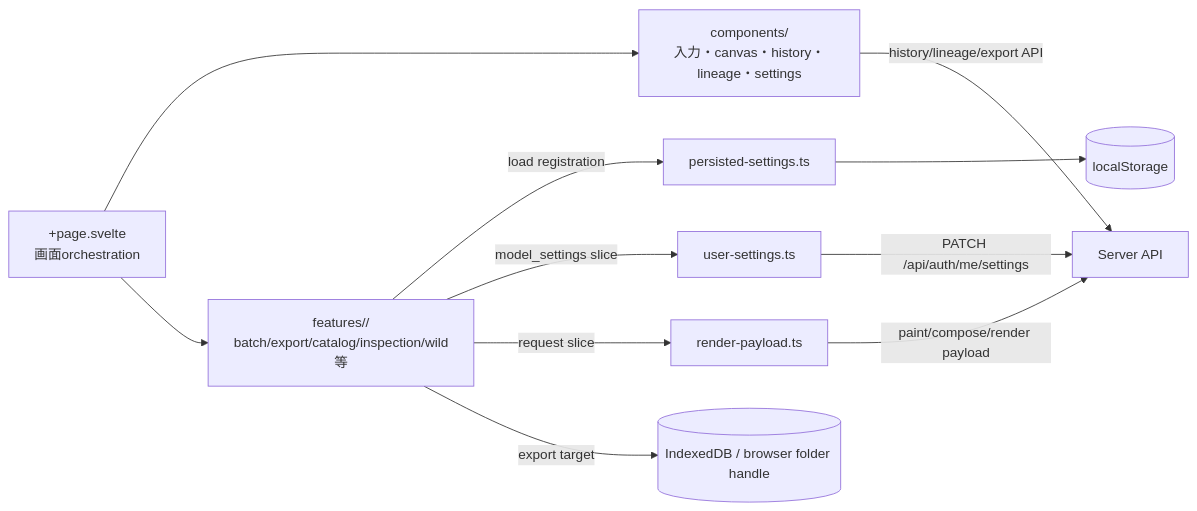
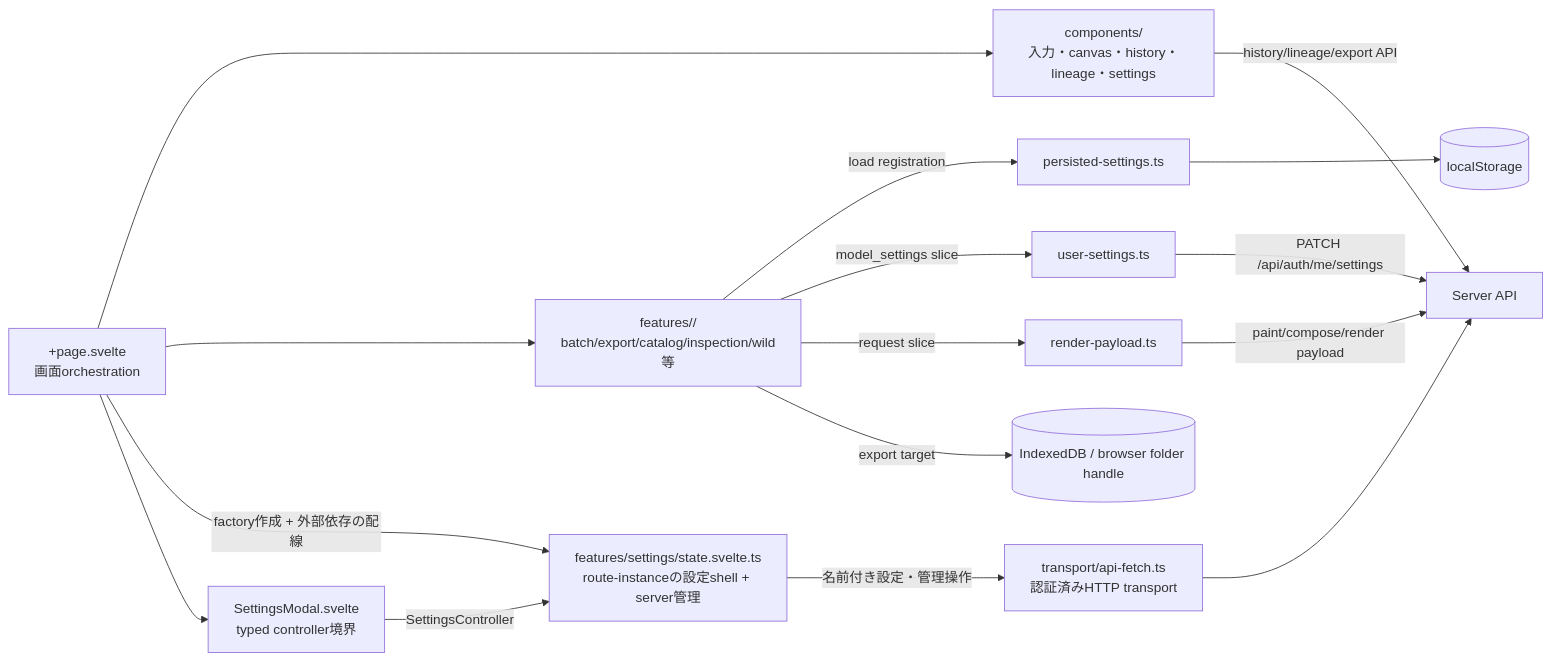
Before and after one commit to oikawas/inku-lang: the second of 2 diagrams in docs/architecture/client-boundaries.ja.md, drawn with Mermaid. The commit also changed other lines of this file and 7 other files, not shown here.

````diff
--- a/docs/architecture/client-boundaries.ja.md
+++ b/docs/architecture/client-boundaries.ja.md
@@ -31,23 +31,31 @@
 ```mermaid
 flowchart LR
     PAGE["+page.svelte\n画面orchestration"]
     COMPONENTS["components/\n入力・canvas・history・lineage・settings"]
     FEATURES["features/<name>/\nbatch/export/catalog/inspection/wild等"]
+    SETTINGS["features/settings/state.svelte.ts\nroute-instanceの設定shell + server管理"]
+    SETTINGS_MODAL["SettingsModal.svelte\ntyped controller境界"]
+    TRANSPORT["transport/api-fetch.ts\n認証済みHTTP transport"]
     PERSIST["persisted-settings.ts"]
     USERSET["user-settings.ts"]
     PAYLOAD["render-payload.ts"]
     LOCAL[("localStorage")]
     INDEXED[("IndexedDB / browser folder handle")]
     API["Server API"]
 
     PAGE --> COMPONENTS
     PAGE --> FEATURES
+    PAGE -->|"factory作成 + 外部依存の配線"| SETTINGS
+    PAGE --> SETTINGS_MODAL
+    SETTINGS_MODAL -->|"SettingsController"| SETTINGS
+    SETTINGS -->|"名前付き設定・管理操作"| TRANSPORT
+    TRANSPORT --> API
     FEATURES -->|"load registration"| PERSIST
     FEATURES -->|"model_settings slice"| USERSET
     FEATURES -->|"request slice"| PAYLOAD
     PERSIST --> LOCAL
     USERSET -->|"PATCH /api/auth/me/settings"| API
     PAYLOAD -->|"paint/compose/render payload"| API
     FEATURES -->|"export target"| INDEXED
     COMPONENTS -->|"history/lineage/export API"| API
 ```
````
